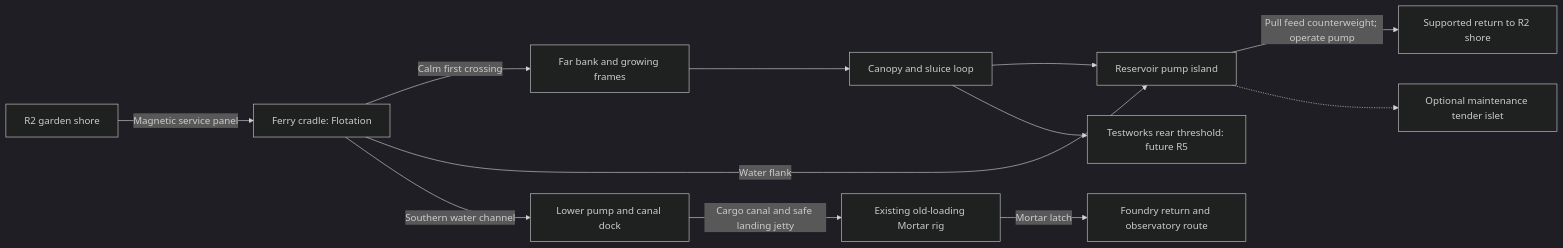
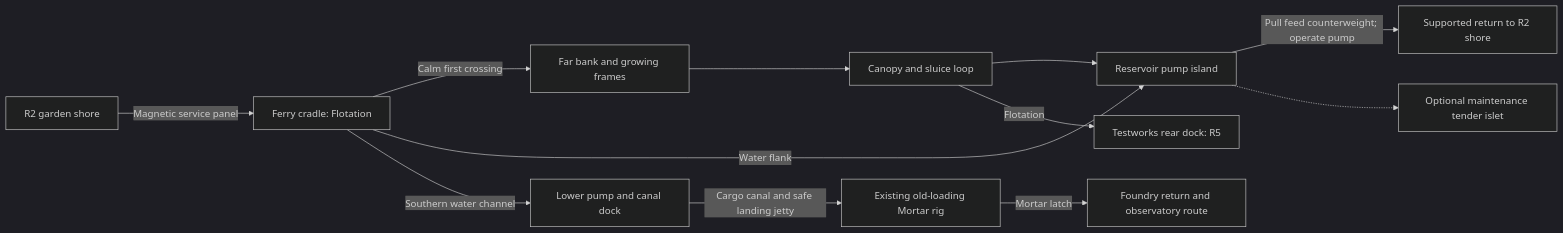
Before and after one commit to Milky2018/tankle-adventure-astra: the third of 4 diagrams in Gamespec.md, drawn with Mermaid (dark theme). The commit also changed other lines of this file and 18 other files, not shown here.

````diff
--- a/Gamespec.md
+++ b/Gamespec.md
@@ -661,14 +714,14 @@
 ```mermaid
 flowchart LR
   S[R2 garden shore] -->|Magnetic service panel| F[Ferry cradle: Flotation]
   F -->|Calm first crossing| B[Far bank and growing frames]
   B --> C[Canopy and sluice loop]
   C --> P[Reservoir pump island]
   F -->|Water flank| P
   P -->|Pull feed counterweight; operate pump| R[Supported return to R2 shore]
   F -->|Southern water channel| D[Lower pump and canal dock]
   D -->|Cargo canal and safe landing jetty| M[Existing old-loading Mortar rig]
   M -->|Mortar latch| O[Foundry return and observatory route]
-  C --> T[Testworks rear threshold: future R5]
+  C -->|Flotation| T[Testworks rear dock: R5]
   P -.-> I[Optional maintenance tender islet]
 ```
````
